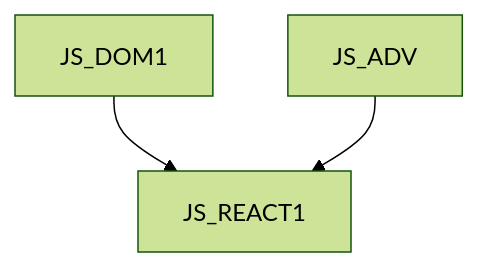
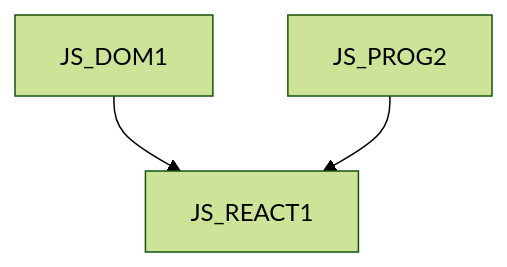
The diagram in JS_REACT1 CZ.md (mbradic/gopas-osnovy), drawn with Mermaid (forest theme) before and after one commit. The commit also changed other lines of this file and 31 other files, not shown here.

Commit message:
Update: JS_INTRO a JS_ADV -> JS_PROG1 a JS_PROG2

````diff
--- a/JS_REACT1 CZ.md
+++ b/JS_REACT1 CZ.md
@@ -11,5 +11,5 @@
 ```mermaid
 graph TD
     JS_DOM1 --> JS_REACT1
-    JS_ADV  --> JS_REACT1
+    JS_PROG2  --> JS_REACT1
 ```
````
